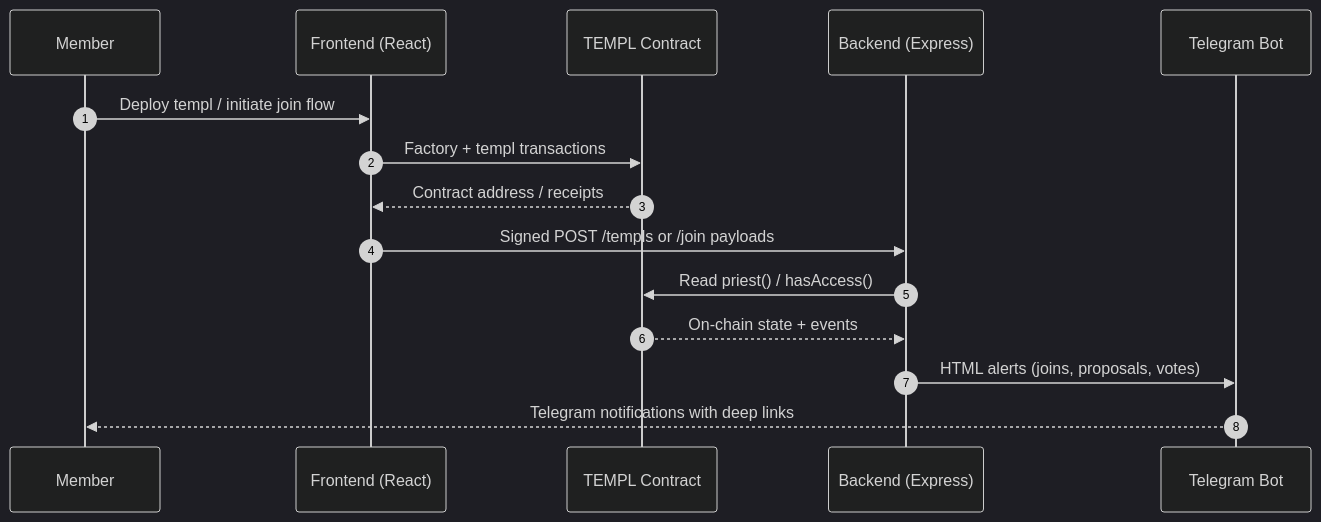
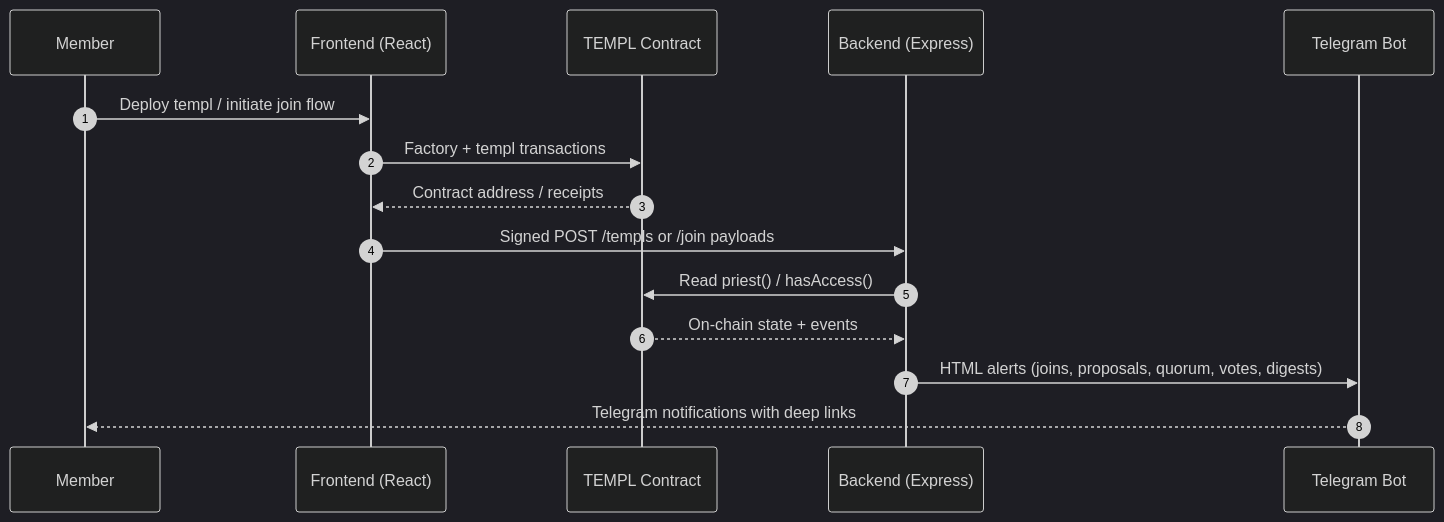
One commit to templ-fun/templ-evm-protocol changed the diagram in README.md. Above: the diagram before and after it, drawn with Mermaid (dark theme). The commit also changed other lines of this file and 4 other files, not shown here.

````diff
--- a/README.md
+++ b/README.md
@@ -10,17 +10,17 @@
 ```mermaid
 sequenceDiagram
     autonumber
     participant M as Member
     participant F as Frontend (React)
     participant C as TEMPL Contract
     participant B as Backend (Express)
     participant T as Telegram Bot
     M->>F: Deploy templ / initiate join flow
     F->>C: Factory + templ transactions
     C-->>F: Contract address / receipts
     F->>B: Signed POST /templs or /join payloads
     B->>C: Read priest() / hasAccess()
     C-->>B: On-chain state + events
-    B->>T: HTML alerts (joins, proposals, votes)
+    B->>T: HTML alerts (joins, proposals, quorum, votes, digests)
     T-->>M: Telegram notifications with deep links
 ```
````
